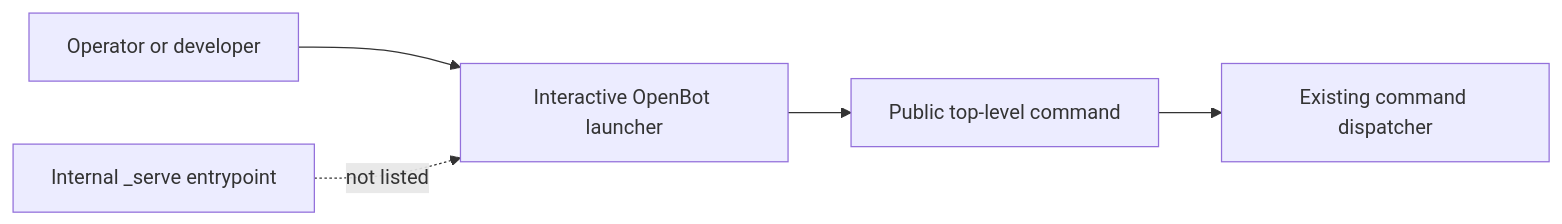
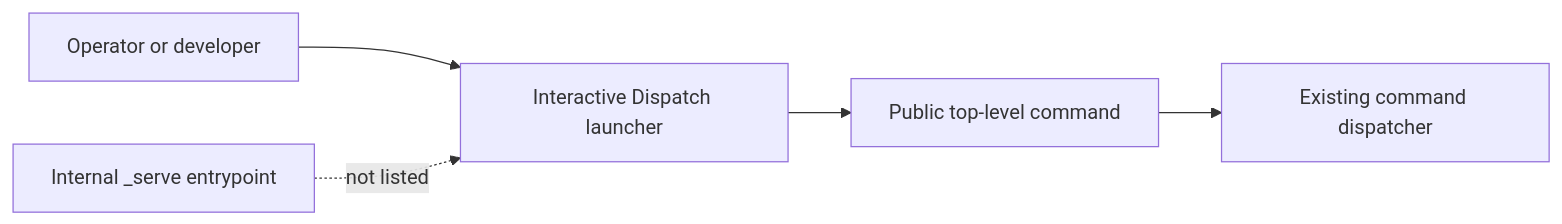
One commit to trytilde/dispatch changed the diagram in docs/updates/64.md. Above: the diagram before and after it, drawn with Mermaid. The commit also changed other lines of this file and 668 other files, not shown here.

````diff
--- a/docs/updates/64.md
+++ b/docs/updates/64.md
@@ -18,7 +18,7 @@
 ```mermaid
 flowchart LR
-  O["Operator or developer"] --> L["Interactive OpenBot launcher"]
+  O["Operator or developer"] --> L["Interactive Dispatch launcher"]
   L --> C["Public top-level command"]
   C --> D["Existing command dispatcher"]
   I["Internal _serve entrypoint"] -. "not listed" .-> L
 ```
````
